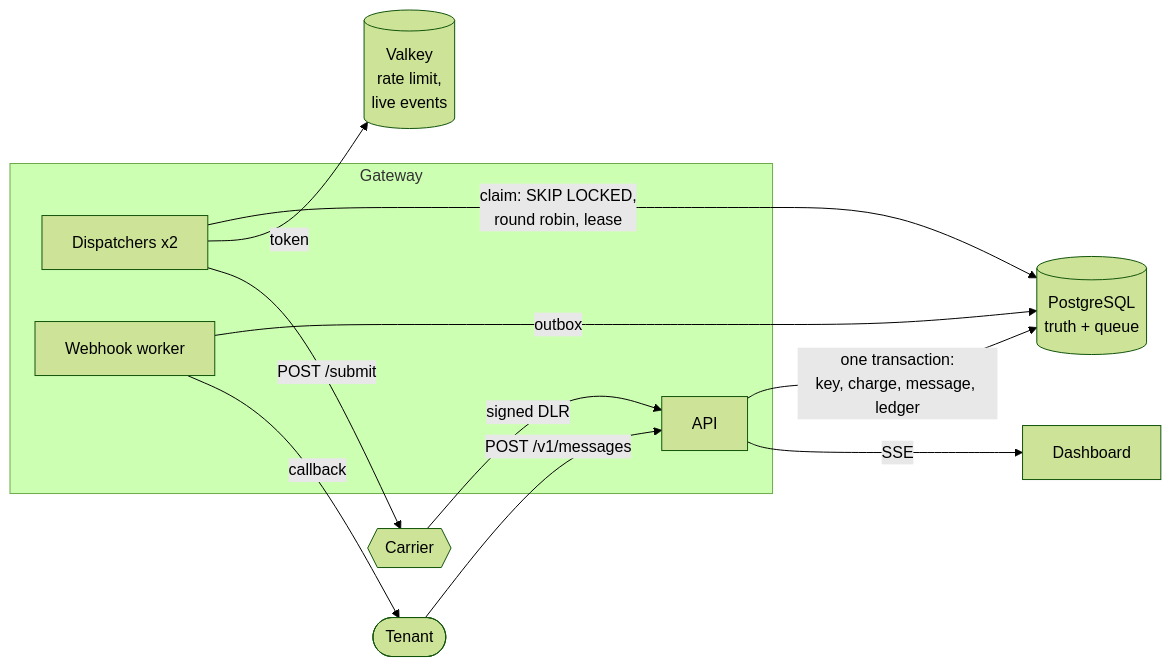
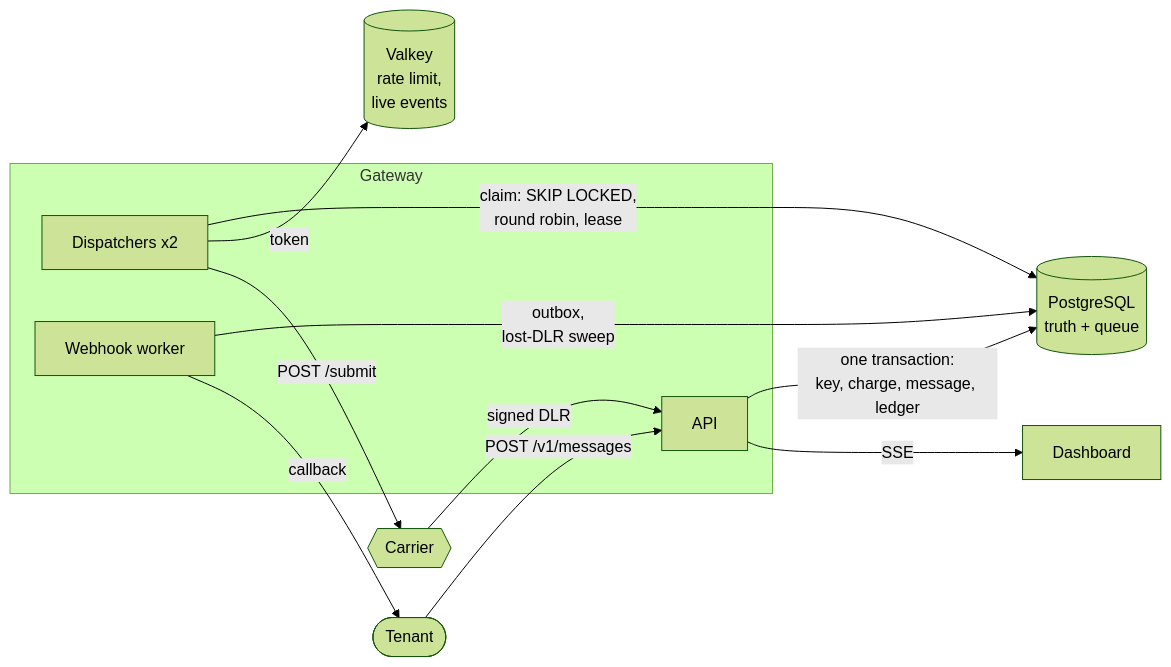
The diagram in DESIGN.md (MicoleKurt/mini-sms-gateway), drawn with Mermaid (forest theme) before and after one commit. The commit also changed other lines of this file and 2 other files, not shown here.

````diff
--- a/DESIGN.md
+++ b/DESIGN.md
@@ -3,17 +3,17 @@
 ```mermaid
 flowchart LR
     T([Tenant]) -- "POST /v1/messages" --> API
     subgraph Gateway
         API[API]
         D[Dispatchers x2]
         W[Webhook worker]
     end
     API -- "one transaction:<br/>key, charge, message, ledger" --> PG[(PostgreSQL<br/>truth + queue)]
     D -- "claim: SKIP LOCKED,<br/>round robin, lease" --> PG
     D -- "token" --> V[(Valkey<br/>rate limit,<br/>live events)]
     D -- "POST /submit" --> C{{Carrier}}
     C -- "signed DLR" --> API
-    W -- "outbox" --> PG
+    W -- "outbox,<br/>lost-DLR sweep" --> PG
     W -- "callback" --> T
     API -- SSE --> UI[Dashboard]
 ```
````
